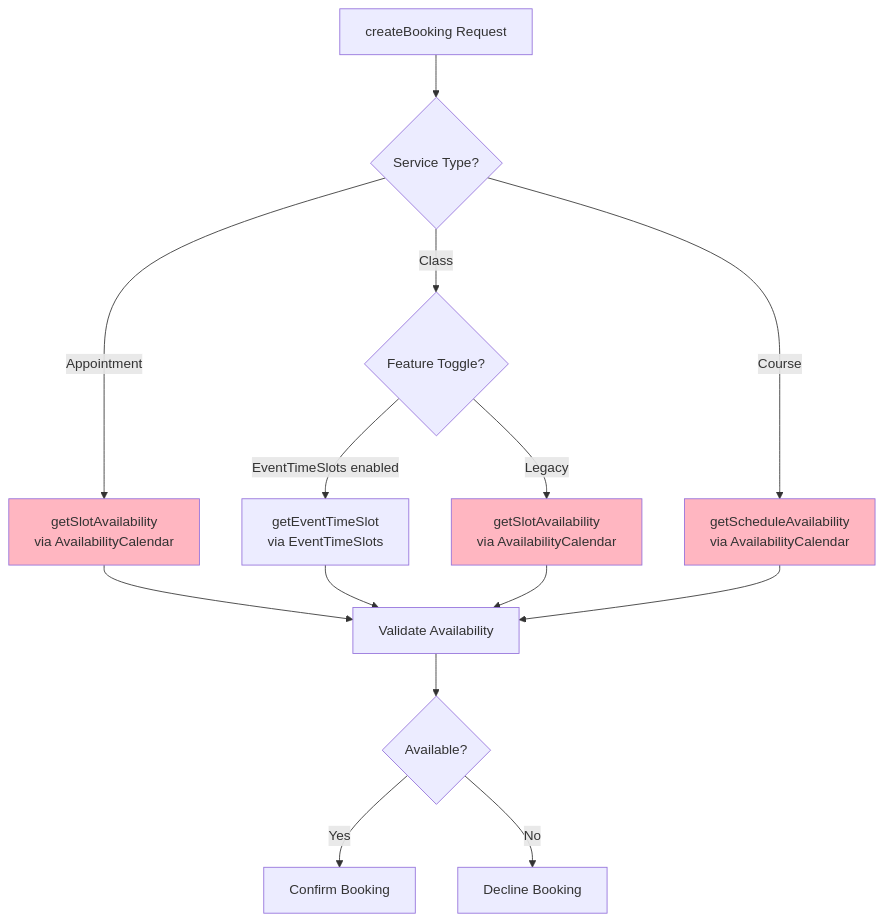
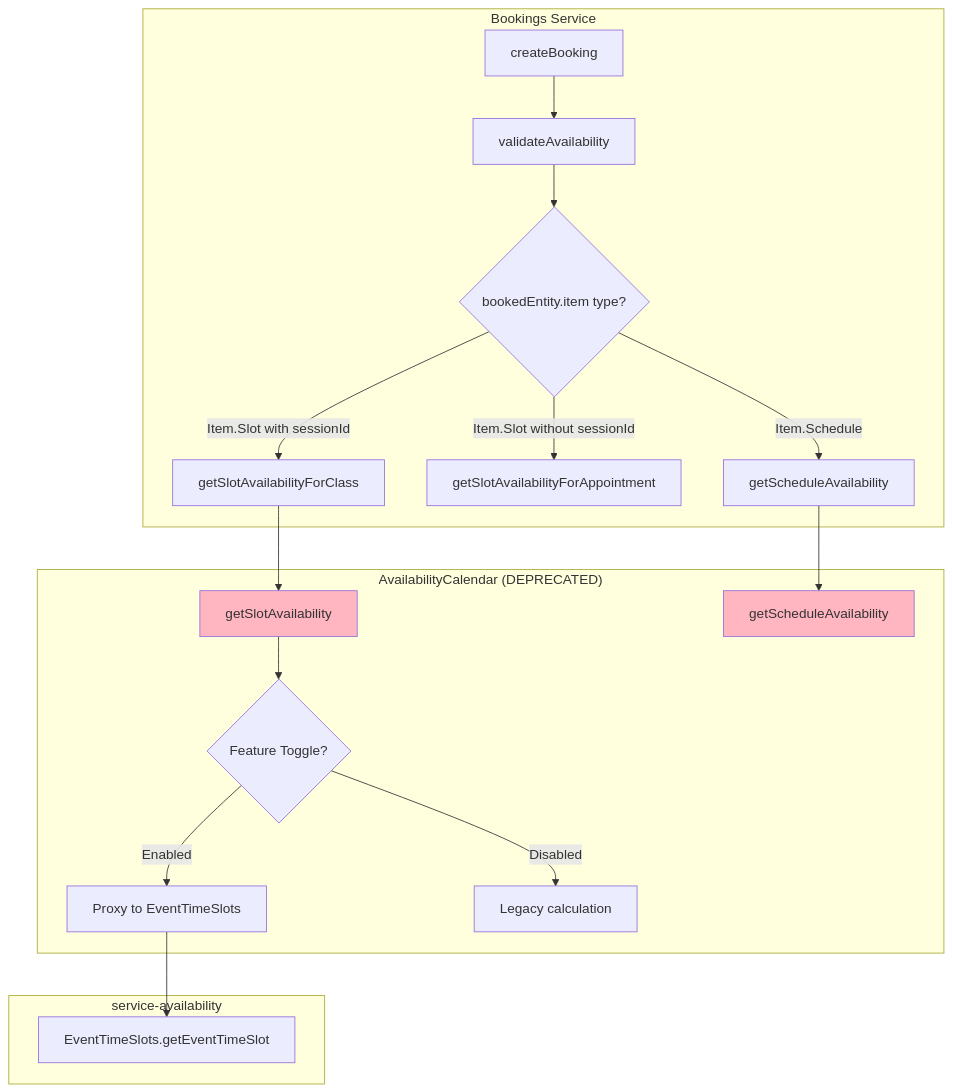
Before and after one commit to TamirCohen-Wix/Tamir-Learning: the seventh of 12 diagrams in Service-Availabilty/Course Availability Design - COMPLETE.md, drawn with Mermaid. The commit also changed other lines of this file and 1 other file, not shown here.

````diff
--- a/Service-Availabilty/Course Availability Design - COMPLETE.md
+++ b/Service-Availabilty/Course Availability Design - COMPLETE.md
@@ -367,24 +404,27 @@
 ```mermaid
 flowchart TD
-    CB[createBooking Request] --> TYPE{Service Type?}
+    subgraph "Bookings Service"
+        CB[createBooking] --> VA[validateAvailability]
+        VA --> TYPE{bookedEntity.item type?}
+        
+        TYPE -->|Item.Slot with sessionId| CLASS[getSlotAvailabilityForClass]
+        TYPE -->|Item.Slot without sessionId| APPT[getSlotAvailabilityForAppointment]
+        TYPE -->|Item.Schedule| COURSE[getScheduleAvailability]
+    end
     
-    TYPE -->|Appointment| APPT[getSlotAvailability<br/>via AvailabilityCalendar]
-    TYPE -->|Class| CLASS_CHECK{Feature Toggle?}
-    TYPE -->|Course| COURSE[getScheduleAvailability<br/>via AvailabilityCalendar]
+    subgraph "AvailabilityCalendar (DEPRECATED)"
+        CLASS --> AC_CLASS[getSlotAvailability]
+        COURSE --> AC_COURSE[getScheduleAvailability]
+        
+        AC_CLASS --> TOGGLE{Feature Toggle?}
+        TOGGLE -->|Enabled| PROXY[Proxy to EventTimeSlots]
+        TOGGLE -->|Disabled| LEGACY[Legacy calculation]
+    end
     
-    CLASS_CHECK -->|EventTimeSlots enabled| CLASS_NEW[getEventTimeSlot<br/>via EventTimeSlots]
-    CLASS_CHECK -->|Legacy| CLASS_OLD[getSlotAvailability<br/>via AvailabilityCalendar]
+    subgraph "service-availability"
+        PROXY --> ETS[EventTimeSlots.getEventTimeSlot]
+    end
     
-    APPT --> VALIDATE[Validate Availability]
-    CLASS_NEW --> VALIDATE
-    CLASS_OLD --> VALIDATE
-    COURSE --> VALIDATE
-    
-    VALIDATE --> RESULT{Available?}
-    RESULT -->|Yes| CONFIRM[Confirm Booking]
-    RESULT -->|No| DECLINE[Decline Booking]
-    
-    style COURSE fill:#FFB6C1
-    style CLASS_OLD fill:#FFB6C1
-    style APPT fill:#FFB6C1
+    style AC_CLASS fill:#FFB6C1
+    style AC_COURSE fill:#FFB6C1
 ```
````
